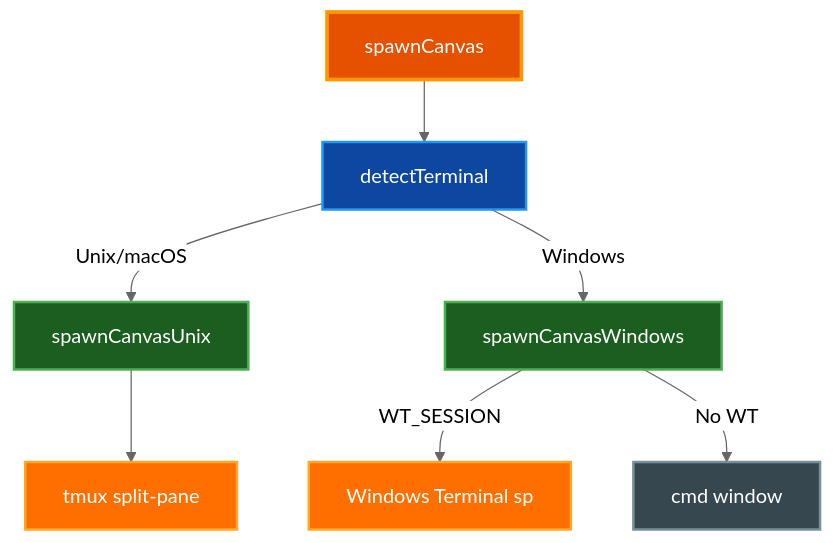
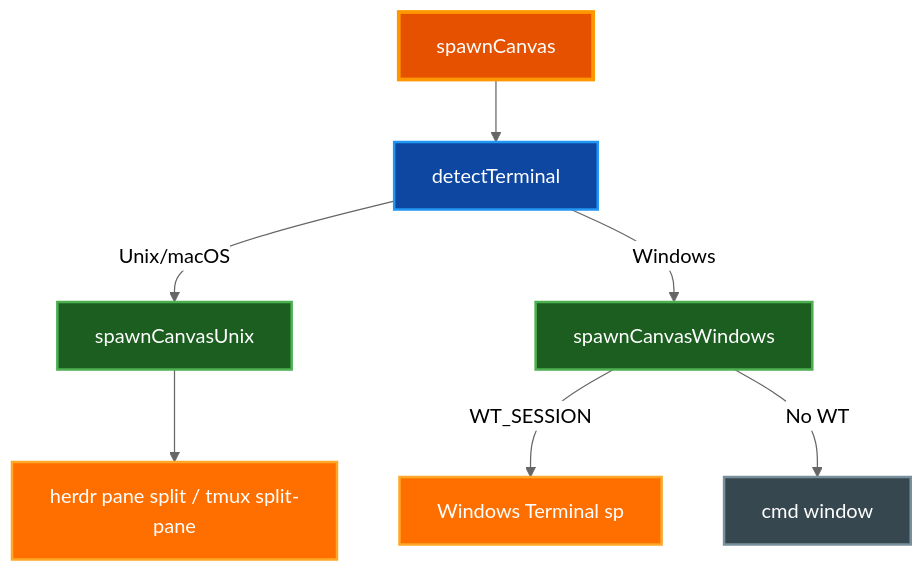
One commit to paulrobello/claude-canvas changed the second of 8 diagrams in docs/ARCHITECTURE.md. Above: the diagram before and after it, drawn with Mermaid (neutral theme). The commit also changed other lines of this file and 9 other files, not shown here.

First line of the commit message:
feat(terminal): add herdr backend (preferred), keep tmux

````diff
--- a/docs/ARCHITECTURE.md
+++ b/docs/ARCHITECTURE.md
@@ -139,25 +139,25 @@
 ```mermaid
 graph TD
     Spawn[spawnCanvas]
     Detect[detectTerminal]
     Unix[spawnCanvasUnix]
     Windows[spawnCanvasWindows]
-    tmux[tmux split-pane]
+    herdr_tmux[herdr pane split / tmux split-pane]
     WT[Windows Terminal sp]
     CMD[cmd window]
 
     Spawn --> Detect
     Detect -->|Unix/macOS| Unix
     Detect -->|Windows| Windows
-    Unix --> tmux
+    Unix --> herdr_tmux
     Windows -->|WT_SESSION| WT
     Windows -->|No WT| CMD
 
     style Spawn fill:#e65100,stroke:#ff9800,stroke-width:3px,color:#ffffff
     style Detect fill:#0d47a1,stroke:#2196f3,stroke-width:2px,color:#ffffff
     style Unix fill:#1b5e20,stroke:#4caf50,stroke-width:2px,color:#ffffff
     style Windows fill:#1b5e20,stroke:#4caf50,stroke-width:2px,color:#ffffff
-    style tmux fill:#ff6f00,stroke:#ffa726,stroke-width:2px,color:#ffffff
+    style herdr_tmux fill:#ff6f00,stroke:#ffa726,stroke-width:2px,color:#ffffff
     style WT fill:#ff6f00,stroke:#ffa726,stroke-width:2px,color:#ffffff
     style CMD fill:#37474f,stroke:#78909c,stroke-width:2px,color:#ffffff
 ```
````
